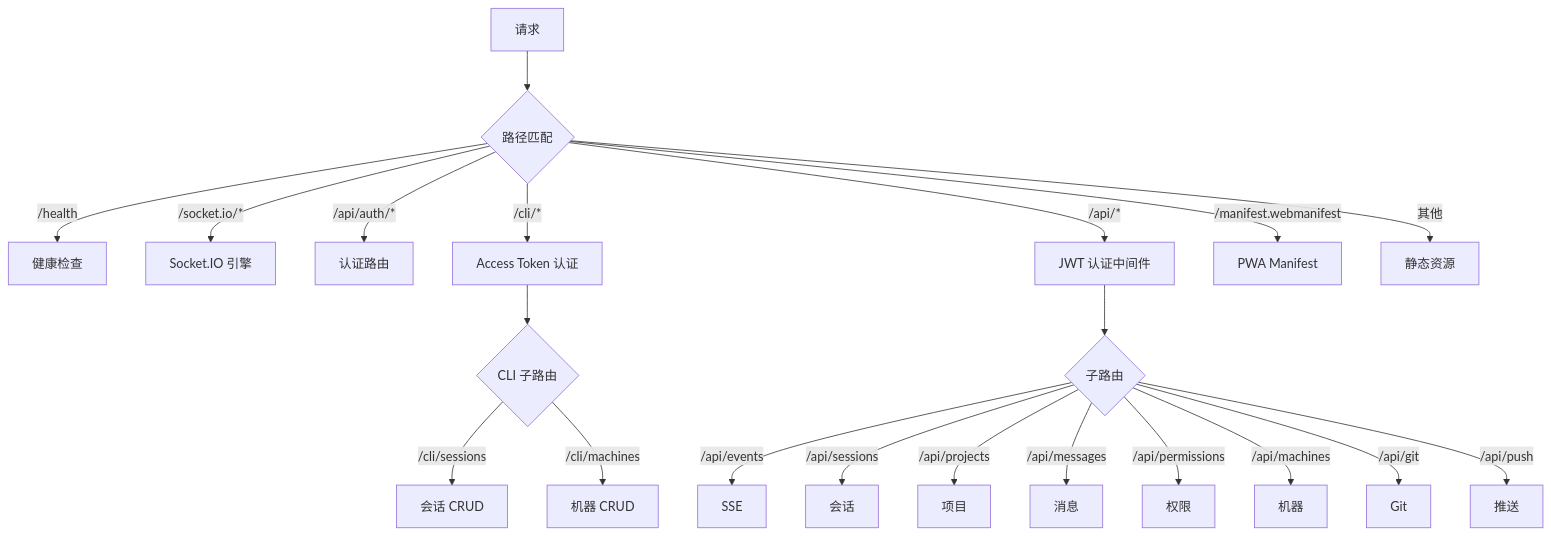
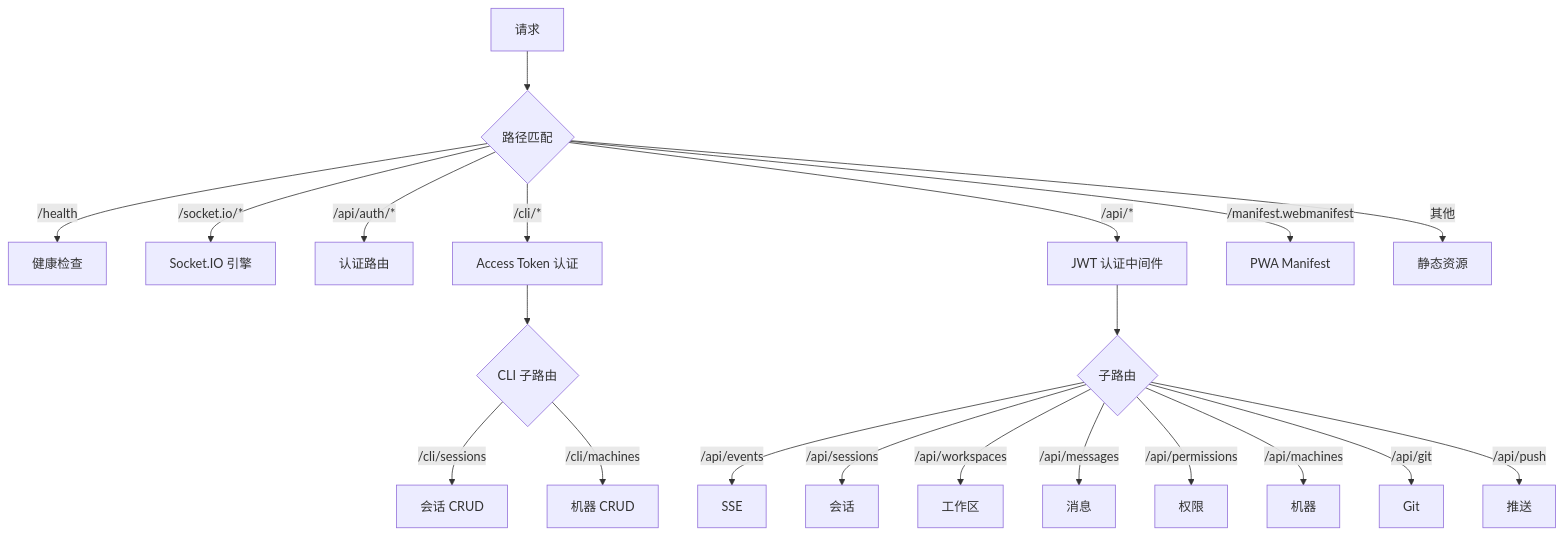
The first of 2 diagrams in docs/architecture/hub/web/README.md (ModuBit/mobi), drawn with Mermaid before and after one commit. The commit also changed other lines of this file and 188 other files, not shown here.

````diff
--- a/docs/architecture/hub/web/README.md
+++ b/docs/architecture/hub/web/README.md
@@ -37,26 +37,26 @@
 ```mermaid
 flowchart TB
     request[请求] --> match{路径匹配}
 
     match -->|/health| health[健康检查]
     match -->|/socket.io/*| socketio[Socket.IO 引擎]
     match -->|/api/auth/*| auth[认证路由]
     match -->|/cli/*| cli_auth[Access Token 认证]
     cli_auth --> cli{CLI 子路由}
     cli -->|/cli/sessions| cli_sess[会话 CRUD]
     cli -->|/cli/machines| cli_machine[机器 CRUD]
 
     match -->|/api/*| jwt[JWT 认证中间件]
     jwt --> submatch{子路由}
     submatch -->|/api/events| sse[SSE]
     submatch -->|/api/sessions| sessions[会话]
-    submatch -->|/api/projects| projects[项目]
+    submatch -->|/api/workspaces| workspaces[工作区]
     submatch -->|/api/messages| messages[消息]
     submatch -->|/api/permissions| permissions[权限]
     submatch -->|/api/machines| machines[机器]
     submatch -->|/api/git| git[Git]
     submatch -->|/api/push| push[推送]
 
     match -->|/manifest.webmanifest| manifest[PWA Manifest]
     match -->|其他| static[静态资源]
 ```
````
